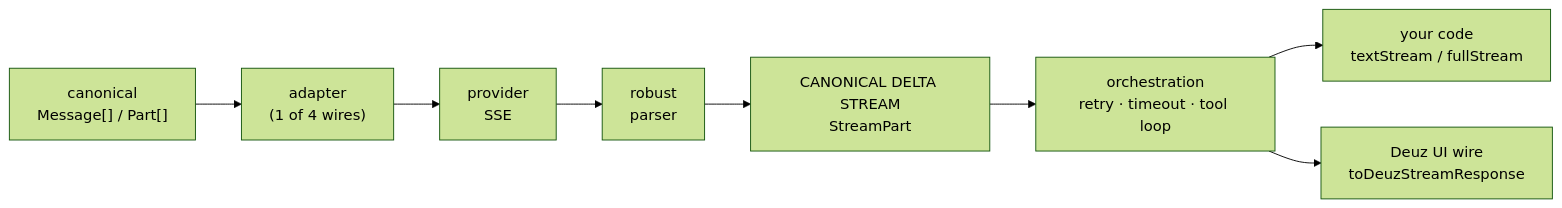
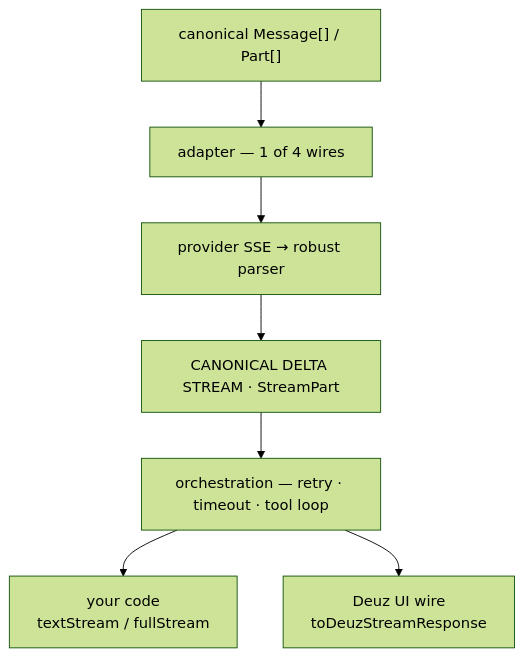
The diagram in README.md (Deuz-AI/Deuz-SDK), drawn with Mermaid (forest theme) before and after one commit. The commit also changed other lines of this file, not shown here.

Commit message:
docs(readme): vertical mermaid for narrow columns, trim hero comment lines

````diff
--- a/README.md
+++ b/README.md
@@ -267,10 +268,9 @@
 ```mermaid
-flowchart LR
-    A["canonical<br>Message[] / Part[]"] --> B["adapter<br>(1 of 4 wires)"]
-    B --> C["provider<br>SSE"]
-    C --> D["robust<br>parser"]
-    D --> E["CANONICAL DELTA STREAM<br>StreamPart"]
-    E --> F["orchestration<br>retry · timeout · tool loop"]
-    F --> G["your code<br>textStream / fullStream"]
-    F --> H["Deuz UI wire<br>toDeuzStreamResponse"]
+flowchart TB
+    A["canonical Message[] / Part[]"] --> B["adapter — 1 of 4 wires"]
+    B --> C["provider SSE → robust parser"]
+    C --> D["CANONICAL DELTA STREAM · StreamPart"]
+    D --> E["orchestration — retry · timeout · tool loop"]
+    E --> F["your code<br>textStream / fullStream"]
+    E --> G["Deuz UI wire<br>toDeuzStreamResponse"]
 ```
````
